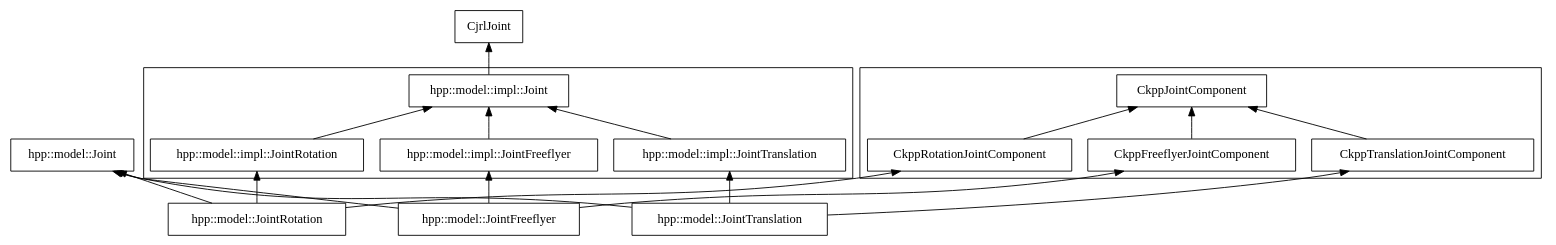
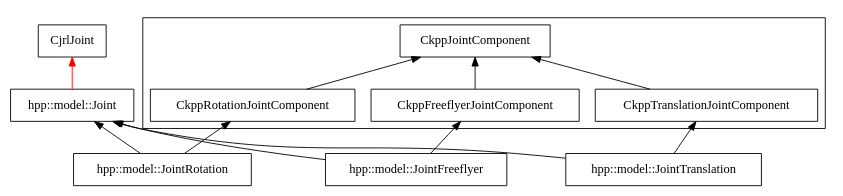
Before and after one commit to pFernbach/hpp-model: the diagram in doc/figures/classDiagramJoint.dot, drawn with Graphviz. The commit also changed 16 other files, not shown here.

```diff
--- a/doc/figures/classDiagramJoint.dot
+++ b/doc/figures/classDiagramJoint.dot
@@ -1,44 +1,32 @@
 digraph CD  {
 	size = "24,30"
 	rankdir = BT
 	compound=true
 
 	"hpp::model::Joint" [shape = box]
 	"hpp::model::JointFreeflyer" [shape = box]
 	"hpp::model::JointTranslation" [shape = box]
 	"hpp::model::JointRotation" [shape = box]
 
 	CjrlJoint [shape = box] 
-	subgraph cluster0 {
-		"hpp::model::impl::Joint" [shape = box] 
-		"hpp::model::impl::JointFreeflyer" [shape = box] 
-		"hpp::model::impl::JointRotation" [shape = box]
-		"hpp::model::impl::JointTranslation" [shape = box]
-	}
 	subgraph cluster1 {
 		"CkppFreeflyerJointComponent" [shape = box]
 		"CkppRotationJointComponent" [shape = box]
 		"CkppTranslationJointComponent" [shape = box]
 		"CkppJointComponent" [shape = box]
 	}
 
-	"hpp::model::impl::Joint" -> CjrlJoint
-	"hpp::model::impl::JointFreeflyer" -> "hpp::model::impl::Joint"
-	"hpp::model::impl::JointRotation" -> "hpp::model::impl::Joint"
-	"hpp::model::impl::JointTranslation" -> "hpp::model::impl::Joint"
 	"CkppFreeflyerJointComponent" -> "CkppJointComponent"
 	"CkppRotationJointComponent" -> "CkppJointComponent"
 	"CkppTranslationJointComponent" -> "CkppJointComponent"
 
 	"hpp::model::JointFreeflyer" -> "hpp::model::Joint"
 	"hpp::model::JointRotation" -> "hpp::model::Joint"
 	"hpp::model::JointTranslation" -> "hpp::model::Joint"
 
-	"hpp::model::JointFreeflyer" -> "hpp::model::impl::JointFreeflyer"
-	"hpp::model::JointRotation" -> "hpp::model::impl::JointRotation"
-	"hpp::model::JointTranslation" -> "hpp::model::impl::JointTranslation"
+	"hpp::model::Joint" -> "CjrlJoint" [color = red]
 
 	"hpp::model::JointFreeflyer" -> "CkppFreeflyerJointComponent"
 	"hpp::model::JointRotation" -> "CkppRotationJointComponent"
 	"hpp::model::JointTranslation" -> "CkppTranslationJointComponent"
 }
```
